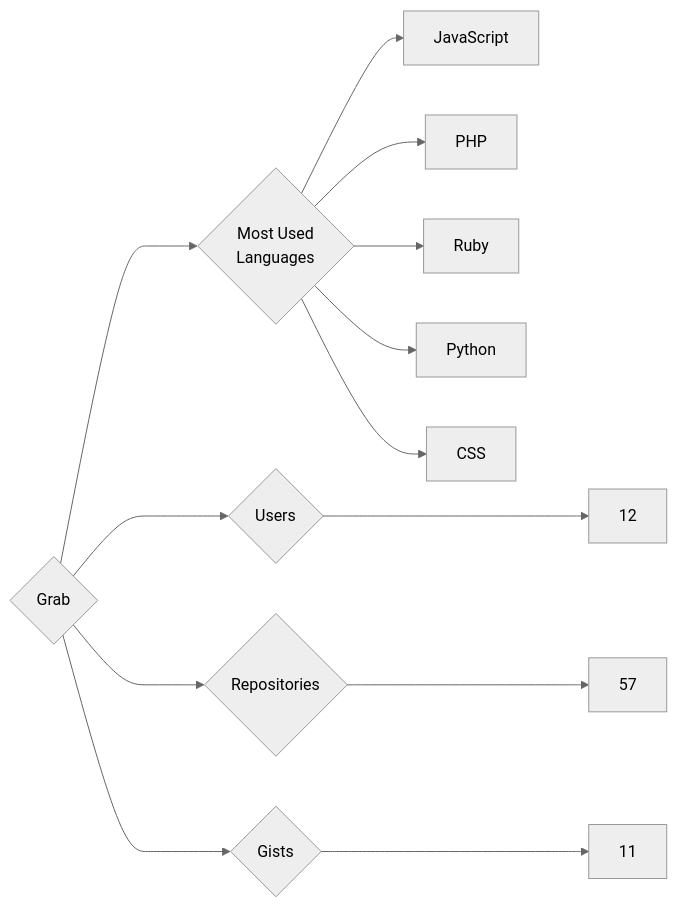
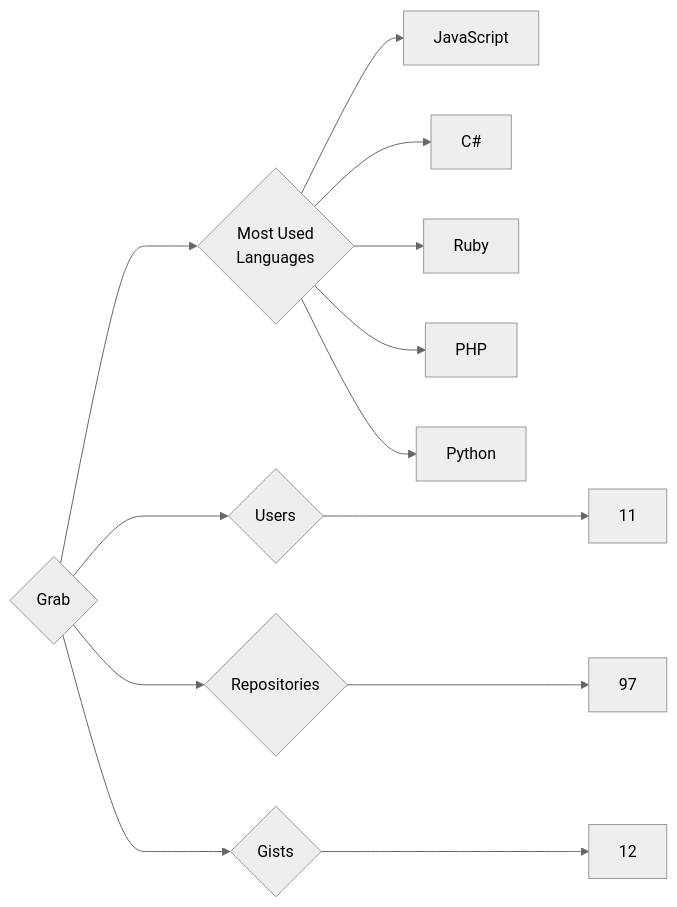
One commit to trickest/insiders changed the diagram in targets/Grab/README.md. Above: the diagram before and after it, drawn with Mermaid (neutral theme). The commit also changed 720 other files, not shown here.

````diff
--- a/targets/Grab/README.md
+++ b/targets/Grab/README.md
@@ -3,13 +3,13 @@
 ```mermaid
 graph LR
 COMPANY_NAME{Grab}
-COMPANY_NAME ---> U{Users} ---> UN[12]
-COMPANY_NAME ---> R{Repositories} ---> RN[57]
-COMPANY_NAME ---> G{Gists} ---> GN[11]
+COMPANY_NAME ---> U{Users} ---> UN[11]
+COMPANY_NAME ---> R{Repositories} ---> RN[97]
+COMPANY_NAME ---> G{Gists} ---> GN[12]
 COMPANY_NAME ---> ML{Most Used<br>Languages}
 ML --> JavaScript[JavaScript]
+ML --> C#[C#]
+ML --> Ruby[Ruby]
 ML --> PHP[PHP]
-ML --> Ruby[Ruby]
 ML --> Python[Python]
-ML --> CSS[CSS]
 ```
````
